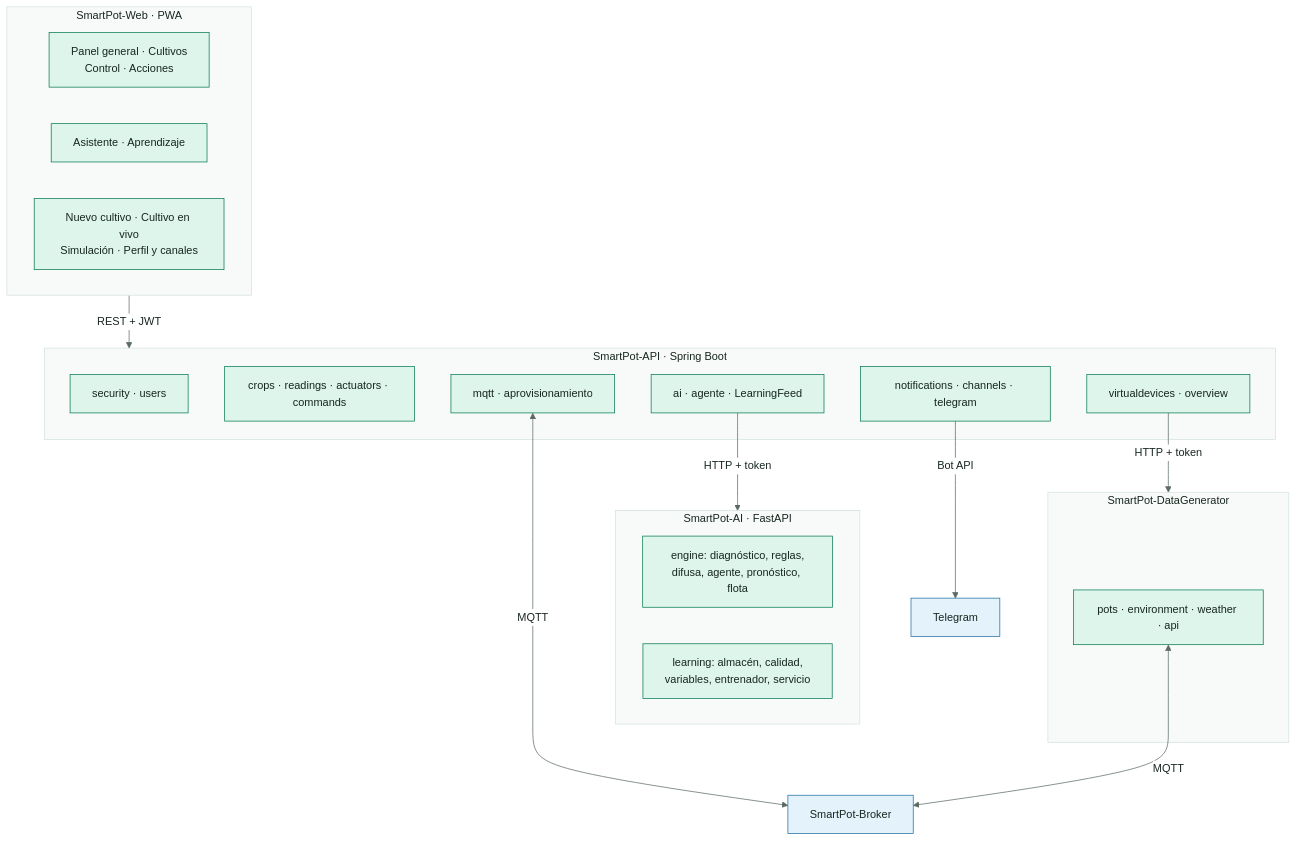
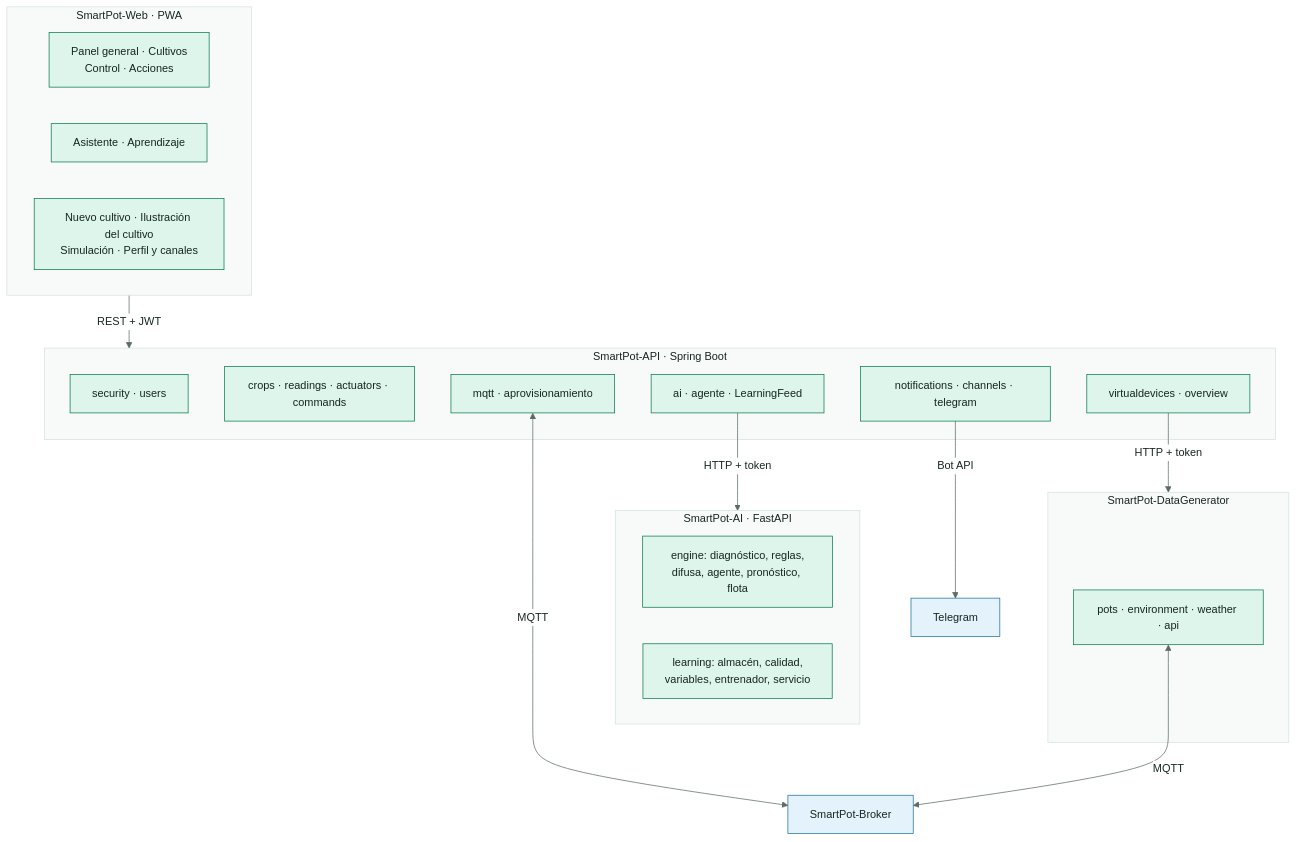
The diagram in docs/diagrams/SmartPot_12_Components.mmd (SmartPotTech/.github), drawn with Mermaid before and after one commit.

Commit message:
Show the crop illustration in the components diagram

```diff
--- a/docs/diagrams/SmartPot_12_Components.mmd
+++ b/docs/diagrams/SmartPot_12_Components.mmd
@@ -1,32 +1,32 @@
 %%{init: {"theme": "base", "fontFamily": "Segoe UI, Arial, sans-serif", "themeVariables": {"fontFamily": "Segoe UI, Arial, sans-serif", "fontSize": "15px", "primaryColor": "#DDF5EA", "primaryTextColor": "#17261F", "primaryBorderColor": "#067A52", "secondaryColor": "#E3F2FB", "secondaryTextColor": "#17261F", "secondaryBorderColor": "#1F6FA0", "tertiaryColor": "#F2F7F4", "tertiaryTextColor": "#17261F", "tertiaryBorderColor": "#D5E3DC", "lineColor": "#5B6B63", "textColor": "#17261F", "mainBkg": "#DDF5EA", "nodeBorder": "#067A52", "clusterBkg": "#F7FAF8", "clusterBorder": "#D5E3DC", "edgeLabelBackground": "#FFFFFF", "actorBkg": "#067A52", "actorBorder": "#0B3D2B", "actorTextColor": "#FFFFFF", "actorLineColor": "#5B6B63", "signalColor": "#17261F", "signalTextColor": "#17261F", "labelBoxBkgColor": "#0B3D2B", "labelBoxBorderColor": "#0B3D2B", "labelTextColor": "#FFFFFF", "loopTextColor": "#0B3D2B", "noteBkgColor": "#FDF4DD", "noteBorderColor": "#C98D12", "noteTextColor": "#17261F", "activationBkgColor": "#DDF5EA", "activationBorderColor": "#067A52", "attributeBackgroundColorOdd": "#FFFFFF", "attributeBackgroundColorEven": "#F2F7F4"}}}%%
 flowchart TB
   subgraph web["SmartPot-Web · PWA"]
     w1["Panel general · Cultivos<br/>Control · Acciones"]
     w2["Asistente · Aprendizaje"]
-    w3["Nuevo cultivo · Cultivo en vivo<br/>Simulación · Perfil y canales"]
+    w3["Nuevo cultivo · Ilustración del cultivo<br/>Simulación · Perfil y canales"]
   end
   subgraph api["SmartPot-API · Spring Boot"]
     a1["security · users"]
     a2["crops · readings · actuators · commands"]
     a3["mqtt · aprovisionamiento"]
     a4["ai · agente · LearningFeed"]
     a5["notifications · channels · telegram"]
     a6["virtualdevices · overview"]
   end
   subgraph ai["SmartPot-AI · FastAPI"]
     i1["engine: diagnóstico, reglas,<br/>difusa, agente, pronóstico, flota"]
     i2["learning: almacén, calidad,<br/>variables, entrenador, servicio"]
   end
   subgraph sim["SmartPot-DataGenerator"]
     s1["pots · environment · weather · api"]
   end
   web -->|"REST + JWT"| api
   a3 <-->|"MQTT"| broker["SmartPot-Broker"]
   s1 <-->|"MQTT"| broker
   a4 -->|"HTTP + token"| ai
   a6 -->|"HTTP + token"| sim
   a5 -->|"Bot API"| tg["Telegram"]
   classDef box fill:#DDF5EA,stroke:#067A52,color:#17261F
   classDef ext fill:#E3F2FB,stroke:#1F6FA0,color:#17261F
   class w1,w2,w3,a1,a2,a3,a4,a5,a6,i1,i2,s1 box
   class broker,tg ext
```
